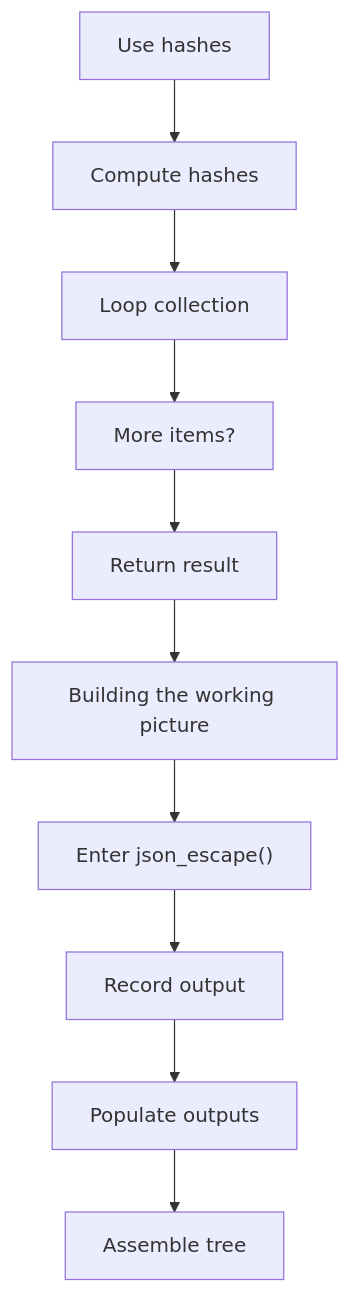
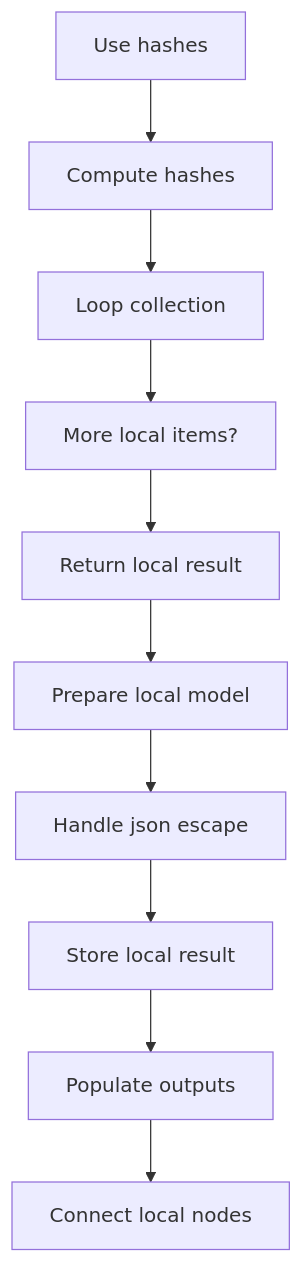
Before and after one commit to JohnAndrewBalbarosa/NeoTerritory: the eighth of 8 diagrams in docs/Codebase/Microservice/Modules/Source/OutputGeneration/UnitTestGeneration/Flow/algorithm_pipeline_program_flow_01.cpp.md, drawn with Mermaid. The commit also changed other lines of this file and 925 other files, not shown here.

````diff
--- a/docs/Codebase/Microservice/Modules/Source/OutputGeneration/UnitTestGeneration/Flow/algorithm_pipeline_program_flow_01.cpp.md
+++ b/docs/Codebase/Microservice/Modules/Source/OutputGeneration/UnitTestGeneration/Flow/algorithm_pipeline_program_flow_01.cpp.md
@@ -197,22 +197,22 @@
 ```mermaid
 flowchart TD
     N0["Use hashes"]
     N1["Compute hashes"]
     N2["Loop collection"]
-    N3["More items?"]
-    N4["Return result"]
-    N5["Building the working picture"]
-    N6["Enter json_escape()"]
-    N7["Record output"]
+    N3["More local items?"]
+    N4["Return local result"]
+    N5["Prepare local model"]
+    N6["Handle json escape"]
+    N7["Store local result"]
     N8["Populate outputs"]
-    N9["Assemble tree"]
+    N9["Connect local nodes"]
     N0 --> N1
     N1 --> N2
     N2 --> N3
     N3 --> N4
     N4 --> N5
     N5 --> N6
     N6 --> N7
     N7 --> N8
     N8 --> N9
 ```
````
